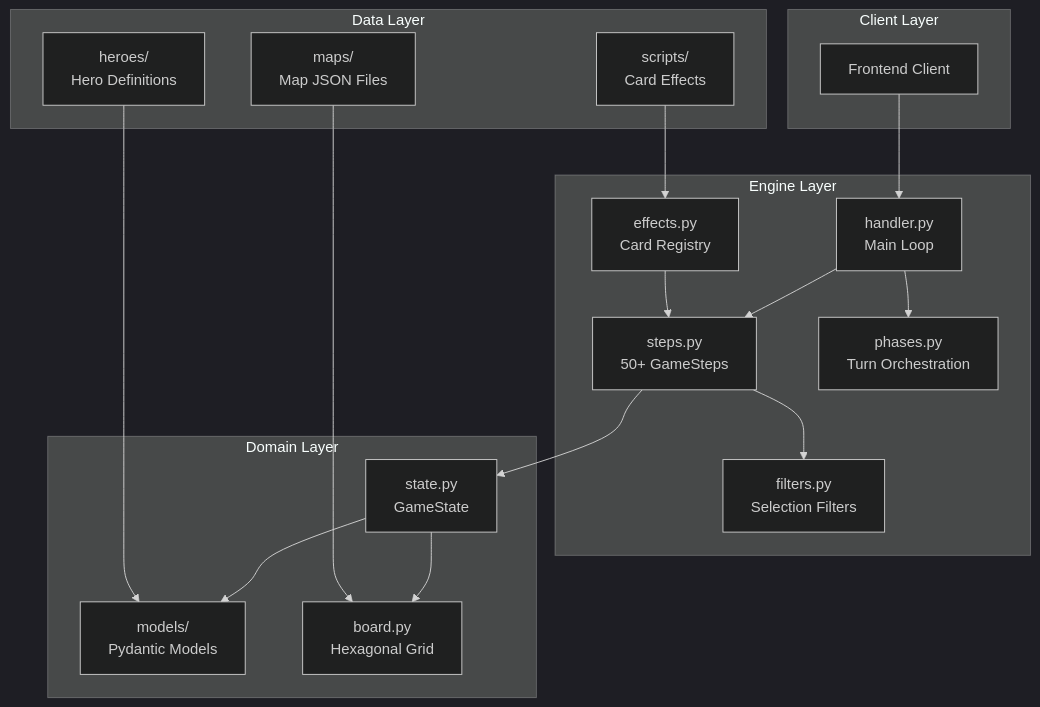
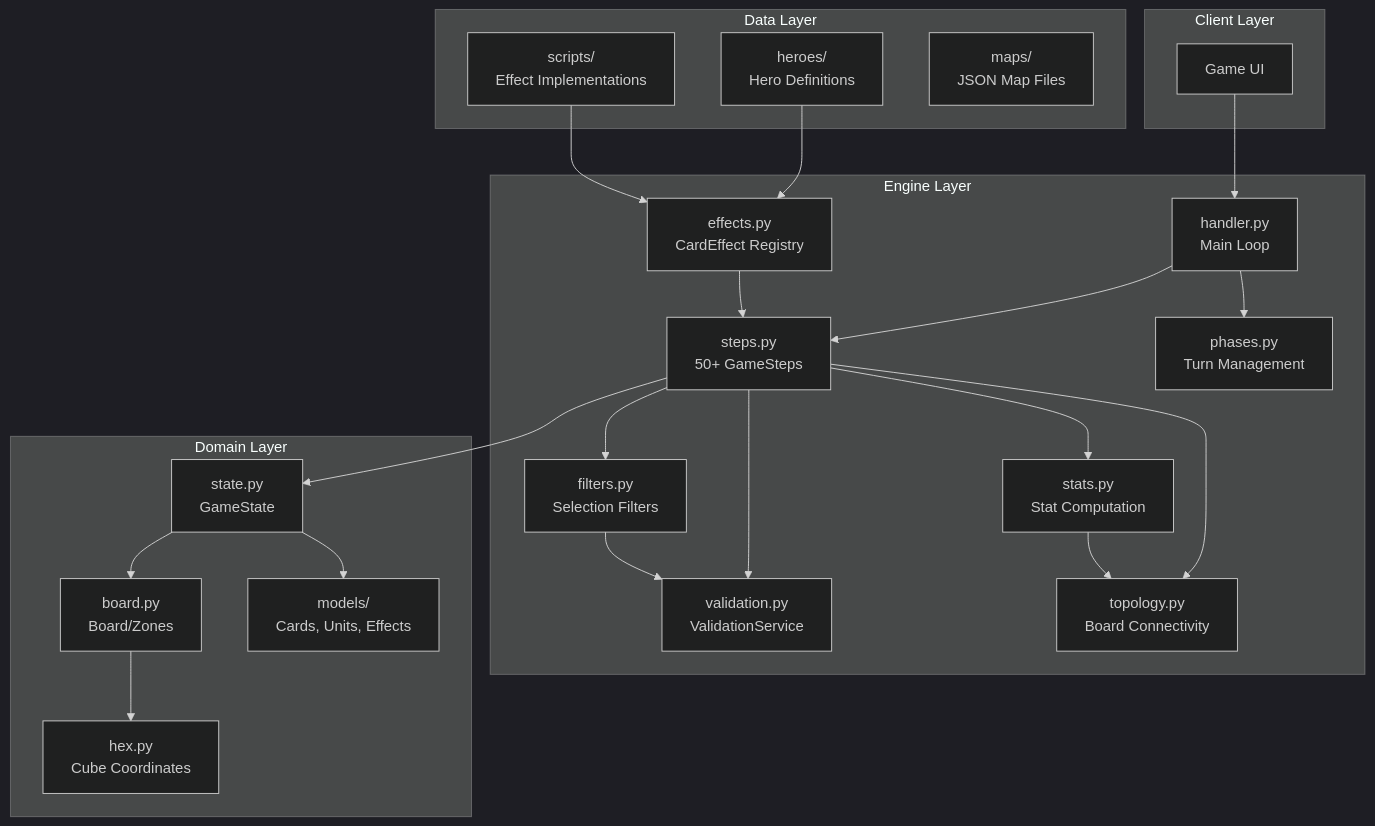
Before and after one commit to PedroVIOliv/goa2-backend: the first of 4 diagrams in docs/CODEBASE_MAP.md, drawn with Mermaid (dark theme). The commit also changed other lines of this file and 5 other files, not shown here.

````diff
--- a/docs/CODEBASE_MAP.md
+++ b/docs/CODEBASE_MAP.md
@@ -15,38 +17,47 @@
 ```mermaid
 graph TB
     subgraph Client["Client Layer"]
-        Frontend[Frontend Client]
+        UI[Game UI]
     end
 
     subgraph Engine["Engine Layer"]
         Handler[handler.py<br/>Main Loop]
         Steps[steps.py<br/>50+ GameSteps]
-        Phases[phases.py<br/>Turn Orchestration]
-        Effects[effects.py<br/>Card Registry]
+        Phases[phases.py<br/>Turn Management]
+        Validation[validation.py<br/>ValidationService]
+        Effects[effects.py<br/>CardEffect Registry]
+        Stats[stats.py<br/>Stat Computation]
+        Topology[topology.py<br/>Board Connectivity]
         Filters[filters.py<br/>Selection Filters]
     end
 
     subgraph Domain["Domain Layer"]
         State[state.py<br/>GameState]
-        Models[models/<br/>Pydantic Models]
-        Board[board.py<br/>Hexagonal Grid]
+        Board[board.py<br/>Board/Zones]
+        Models[models/<br/>Cards, Units, Effects]
+        Hex[hex.py<br/>Cube Coordinates]
     end
 
     subgraph Data["Data Layer"]
         Heroes[heroes/<br/>Hero Definitions]
-        Maps[maps/<br/>Map JSON Files]
-        HeroEffects[scripts/<br/>Card Effects]
+        Scripts[scripts/<br/>Effect Implementations]
+        Maps[maps/<br/>JSON Map Files]
     end
 
-    Frontend --> Handler
+    UI --> Handler
     Handler --> Steps
     Handler --> Phases
+    Steps --> Validation
+    Steps --> Stats
+    Steps --> Filters
+    Steps --> Topology
+    Filters --> Validation
+    Stats --> Topology
     Steps --> State
-    Steps --> Filters
-    Effects --> Steps
-    HeroEffects --> Effects
     State --> Board
     State --> Models
-    Heroes --> Models
-    Maps --> Board
+    Board --> Hex
+    Effects --> Steps
+    Heroes --> Effects
+    Scripts --> Effects
 ```
````
